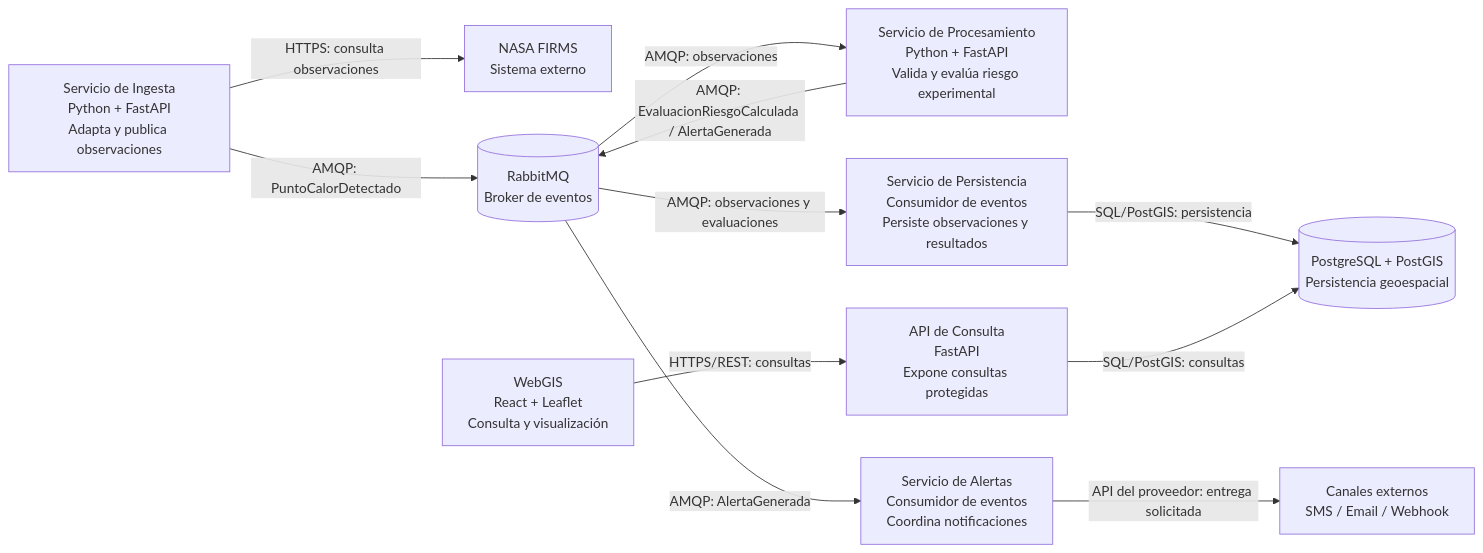
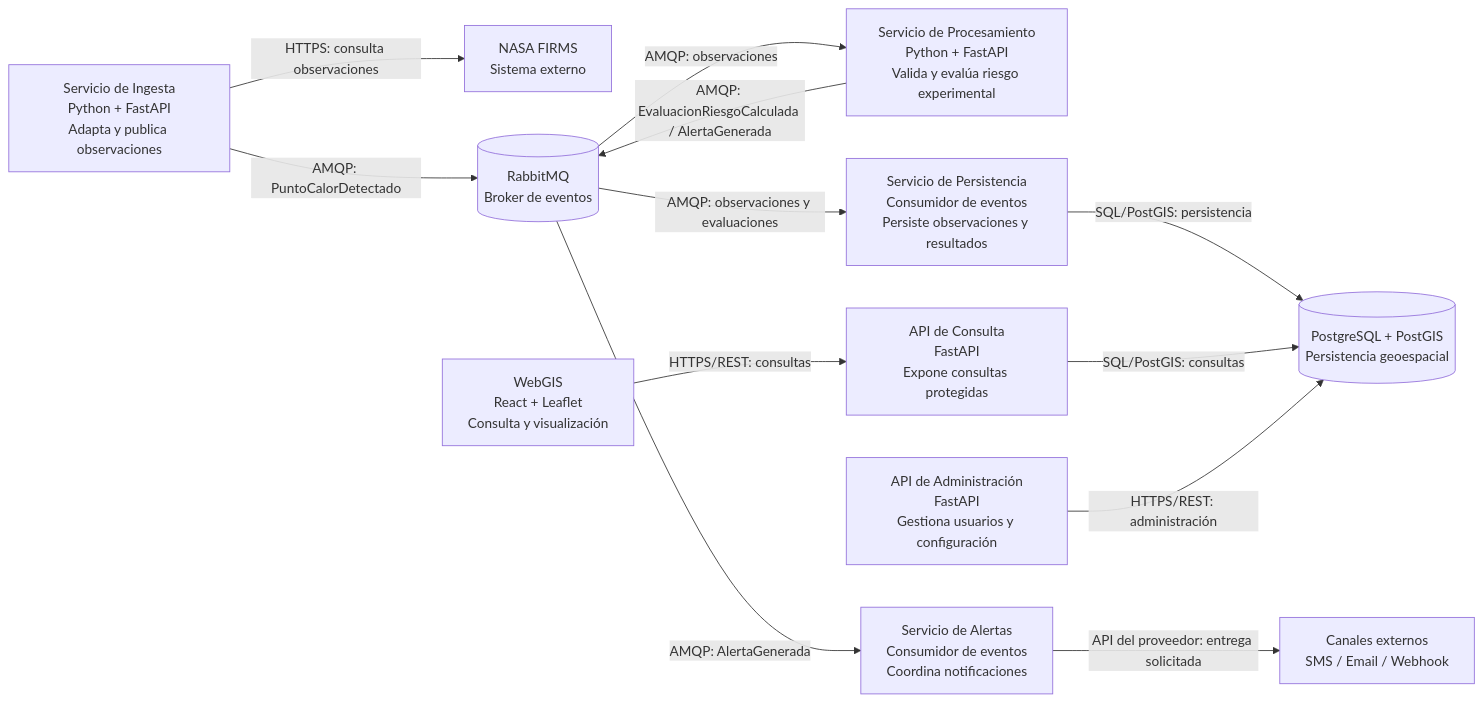
The diagram in 04-modelo-c4/Nivel2-DiagramadeContenedores.md (Maks04092002/Incendios-EDA-arquitSoft-MAKS), drawn with Mermaid before and after one commit. The commit also changed other lines of this file and 7 other files, not shown here.

````diff
--- a/04-modelo-c4/Nivel2-DiagramadeContenedores.md
+++ b/04-modelo-c4/Nivel2-DiagramadeContenedores.md
@@ -7,24 +7,26 @@
 ```mermaid
 flowchart LR
     FIRMS["NASA FIRMS<br/>Sistema externo"]
     WEB["WebGIS<br/>React + Leaflet<br/>Consulta y visualización"]
     ING["Servicio de Ingesta<br/>Python + FastAPI<br/>Adapta y publica observaciones"]
     PROC["Servicio de Procesamiento<br/>Python + FastAPI<br/>Valida y evalúa riesgo experimental"]
     STORE["Servicio de Persistencia<br/>Consumidor de eventos<br/>Persiste observaciones y resultados"]
     ALERT["Servicio de Alertas<br/>Consumidor de eventos<br/>Coordina notificaciones"]
     API["API de Consulta<br/>FastAPI<br/>Expone consultas protegidas"]
+    ADMIN["API de Administración<br/>FastAPI<br/>Gestiona usuarios y configuración"]
     MQ[("RabbitMQ<br/>Broker de eventos")]
     DB[("PostgreSQL + PostGIS<br/>Persistencia geoespacial")]
     EXT["Canales externos<br/>SMS / Email / Webhook"]
 
     ING -->|HTTPS: consulta observaciones| FIRMS
     ING -->|AMQP: PuntoCalorDetectado| MQ
     MQ -->|AMQP: observaciones| PROC
     MQ -->|AMQP: observaciones y evaluaciones| STORE
     PROC -->|AMQP: EvaluacionRiesgoCalculada / AlertaGenerada| MQ
     MQ -->|AMQP: AlertaGenerada| ALERT
     STORE -->|SQL/PostGIS: persistencia| DB
     API -->|SQL/PostGIS: consultas| DB
     WEB -->|HTTPS/REST: consultas| API
+    ADMIN -->|HTTPS/REST: administración| DB
     ALERT -->|API del proveedor: entrega solicitada| EXT
 ```
````
